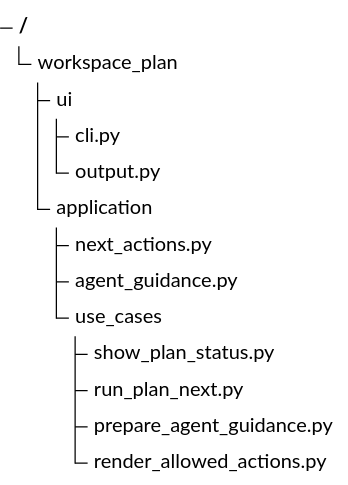
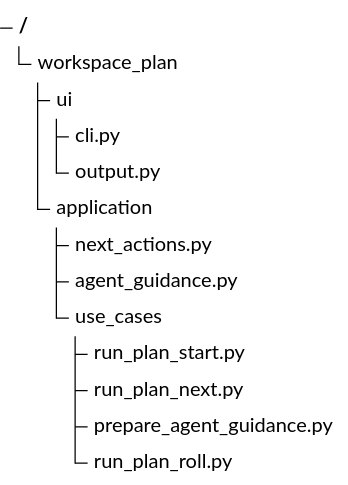
The third of 3 diagrams in .enclosure/plans/planning-workflow/epics/guided-cli-agent-guardrails/SCHEMAS.md (9orky/enclosure), drawn with Mermaid before and after one commit. The commit also changed other lines of this file and 23 other files, not shown here.

````diff
--- a/.enclosure/plans/planning-workflow/epics/guided-cli-agent-guardrails/SCHEMAS.md
+++ b/.enclosure/plans/planning-workflow/epics/guided-cli-agent-guardrails/SCHEMAS.md
@@ -147,17 +169,17 @@
 ```mermaid
 %% contract: files
 %%{init: {"theme": "base", "themeVariables": {"labelColor": "#172033", "lineColor": "#64748b"}}}%%
 treeView-beta
   "workspace_plan"
     "ui"
       "cli.py"
       "output.py"
     "application"
       "next_actions.py"
       "agent_guidance.py"
       "use_cases"
-        "show_plan_status.py"
+        "run_plan_start.py"
         "run_plan_next.py"
         "prepare_agent_guidance.py"
-        "render_allowed_actions.py"
+        "run_plan_roll.py"
 ```
````
